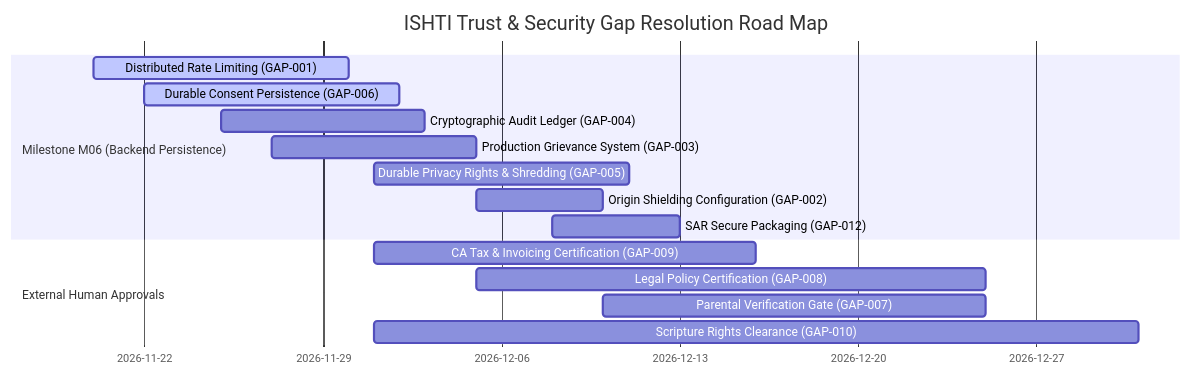
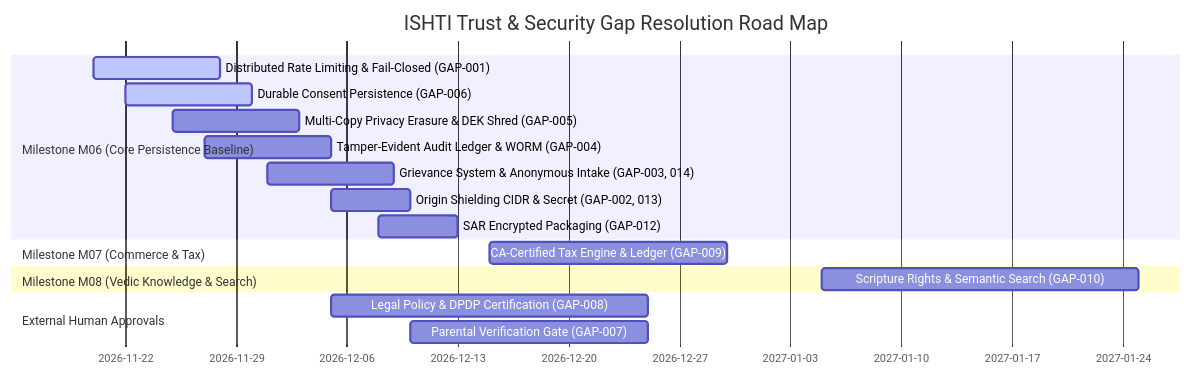
Before and after one commit to Sunder-Chauhan/Ishti-OS: the diagram in docs/M05_FINAL_GAP_REGISTER.md, drawn with Mermaid. The commit also changed other lines of this file and 9 other files, not shown here.

Commit message:
docs(m06): revise architecture planning deliverables and author pre-implementation decision register

````diff
--- a/docs/M05_FINAL_GAP_REGISTER.md
+++ b/docs/M05_FINAL_GAP_REGISTER.md
@@ -41,18 +43,20 @@
 ```mermaid
 gantt
     title ISHTI Trust & Security Gap Resolution Road Map
     dateFormat  YYYY-MM-DD
-    section Milestone M06 (Backend Persistence)
-    Distributed Rate Limiting (GAP-001)         :active, 2026-11-20, 10d
-    Durable Consent Persistence (GAP-006)       :active, 2026-11-22, 10d
-    Cryptographic Audit Ledger (GAP-004)        :2026-11-25, 8d
-    Production Grievance System (GAP-003)       :2026-11-27, 8d
-    Durable Privacy Rights & Shredding (GAP-005):2026-12-01, 10d
-    Origin Shielding Configuration (GAP-002)    :2026-12-05, 5d
-    SAR Secure Packaging (GAP-012)              :2026-12-08, 5d
+    section Milestone M06 (Core Persistence Baseline)
+    Distributed Rate Limiting & Fail-Closed (GAP-001)  :active, 2026-11-20, 8d
+    Durable Consent Persistence (GAP-006)             :active, 2026-11-22, 8d
+    Multi-Copy Privacy Erasure & DEK Shred (GAP-005)  :2026-11-25, 8d
+    Tamper-Evident Audit Ledger & WORM (GAP-004)      :2026-11-27, 8d
+    Grievance System & Anonymous Intake (GAP-003, 014):2026-12-01, 8d
+    Origin Shielding CIDR & Secret (GAP-002, 013)     :2026-12-05, 5d
+    SAR Encrypted Packaging (GAP-012)                 :2026-12-08, 5d
+    section Milestone M07 (Commerce & Tax)
+    CA-Certified Tax Engine & Ledger (GAP-009)        :2026-12-15, 15d
+    section Milestone M08 (Vedic Knowledge & Search)
+    Scripture Rights & Semantic Search (GAP-010)      :2027-01-05, 20d
     section External Human Approvals
-    CA Tax & Invoicing Certification (GAP-009)  :2026-12-01, 15d
-    Legal Policy Certification (GAP-008)        :2026-12-05, 20d
-    Parental Verification Gate (GAP-007)        :2026-12-10, 15d
-    Scripture Rights Clearance (GAP-010)        :2026-12-01, 30d
+    Legal Policy & DPDP Certification (GAP-008)       :2026-12-05, 20d
+    Parental Verification Gate (GAP-007)              :2026-12-10, 15d
 ```
````
